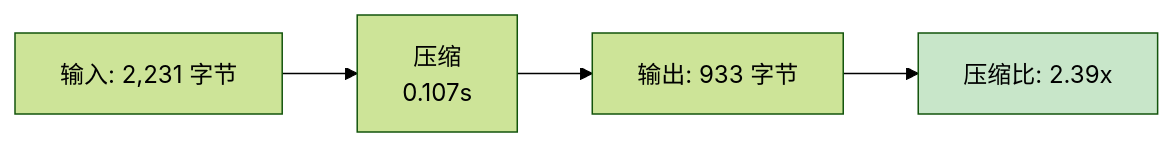
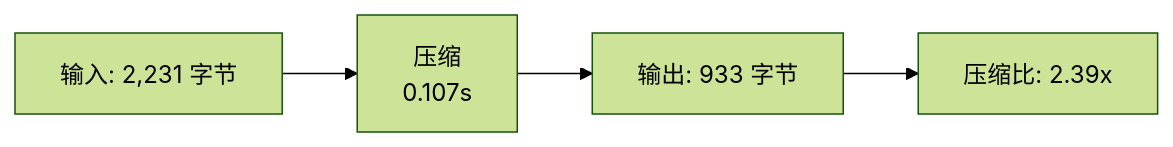
Before and after one commit to open-genomics/fq-compressor-rust: the first of 5 diagrams in docs/zh/benchmarks/performance-report.md, drawn with Mermaid (forest theme). The commit also changed other lines of this file and 23 other files, not shown here.

````diff
--- a/docs/zh/benchmarks/performance-report.md
+++ b/docs/zh/benchmarks/performance-report.md
@@ -16,8 +16,7 @@
 ```mermaid
 flowchart LR
     A[输入: 2,231 字节] --> B[压缩<br/>0.107s]
     B --> C[输出: 933 字节]
     C --> D[压缩比: 2.39x]
     
-    style D fill:#C8E6C9
 ```
````
